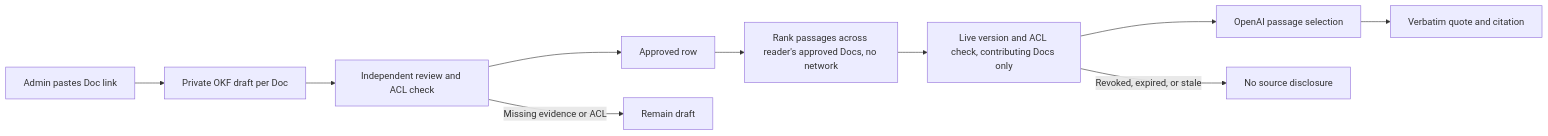
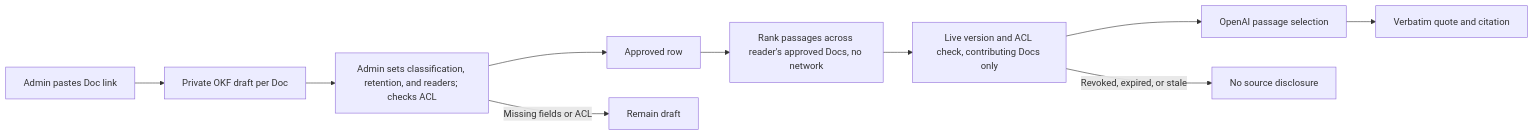
The diagram in docs/features/bsb-okf-integration/optimization.md (may24fc/sn-connect-app), drawn with Mermaid before and after one commit. The commit also changed other lines of this file and 7 other files, not shown here.

````diff
--- a/docs/features/bsb-okf-integration/optimization.md
+++ b/docs/features/bsb-okf-integration/optimization.md
@@ -12,12 +13,12 @@
 ```mermaid
 flowchart LR
   A[Admin pastes Doc link] --> B[Private OKF draft per Doc]
-  B --> C[Independent review and ACL check]
+  B --> C[Admin sets classification, retention, and readers; checks ACL]
   C --> D[Approved row]
   D --> R[Rank passages across reader's approved Docs, no network]
   R --> E[Live version and ACL check, contributing Docs only]
   E --> F[OpenAI passage selection]
   F --> G[Verbatim quote and citation]
-  C -->|Missing evidence or ACL| H[Remain draft]
+  C -->|Missing fields or ACL| H[Remain draft]
   E -->|Revoked, expired, or stale| I[No source disclosure]
 ```
````
